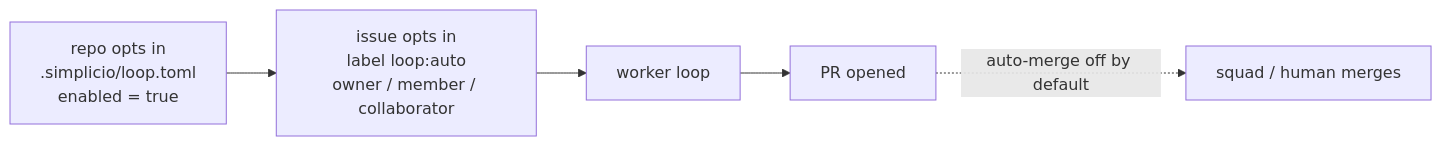
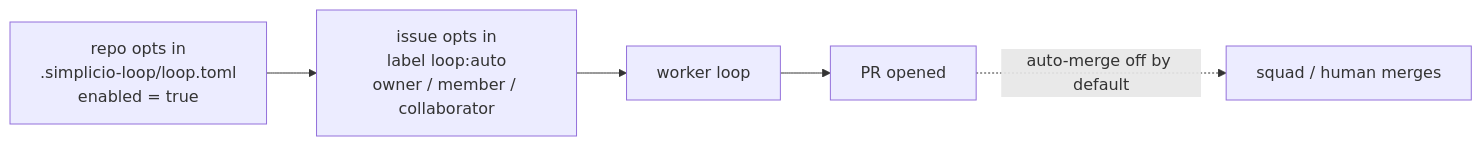
Before and after one commit to simpletibr/simplicio-loop: the third of 7 diagrams in README.md, drawn with Mermaid. The commit also changed 28 other files, not shown here.

First line of the commit message:
fix(247): a config do repo vive em .simplicio-loop/loop.toml (a pasta .simplicio/ e do Runtime)

````diff
--- a/README.md
+++ b/README.md
@@ -87,6 +87,6 @@
 ```mermaid
 flowchart LR
-  R["repo opts in<br/>.simplicio/loop.toml<br/>enabled = true"] --> L["issue opts in<br/>label loop:auto<br/>owner / member / collaborator"]
+  R["repo opts in<br/>.simplicio-loop/loop.toml<br/>enabled = true"] --> L["issue opts in<br/>label loop:auto<br/>owner / member / collaborator"]
   L --> W["worker loop"] --> PR["PR opened"]
   PR -.->|"auto-merge off by default"| H["squad / human merges"]
 ```
````
